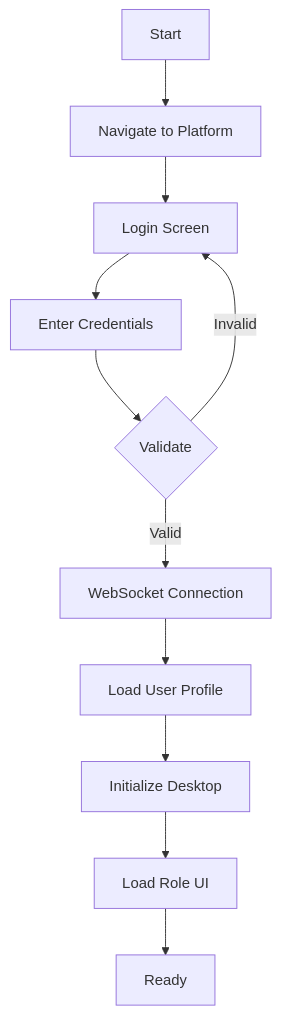
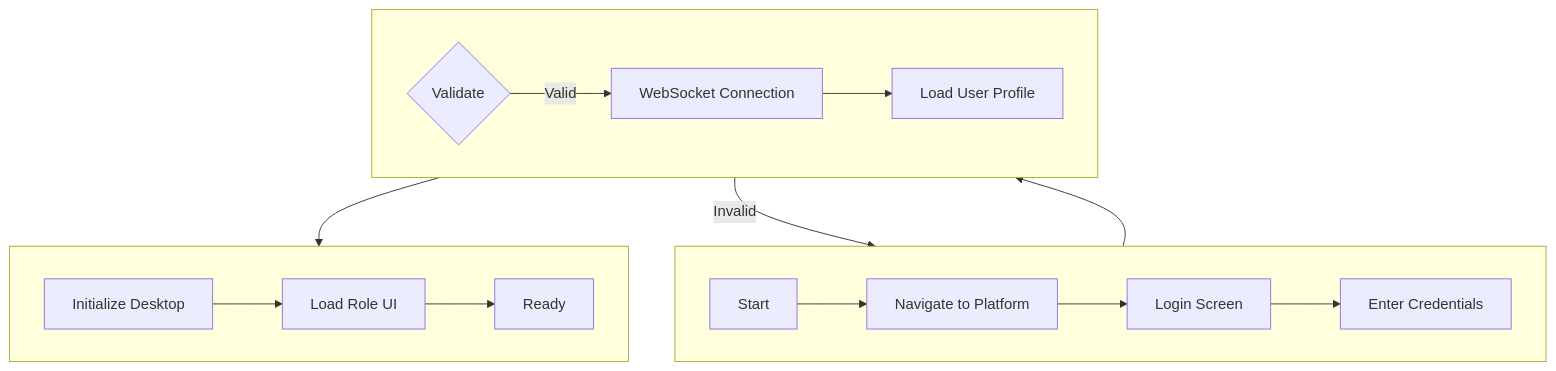
One commit to RoundRobinHood/cogniflight-cloud changed the first of 10 diagrams in docs/SEN3781_Assignment4_Information_Architecture_Report.md. Above: the diagram before and after it, drawn with Mermaid. The commit also changed other lines of this file, not shown here.

Commit message:
improved diagram readability

````diff
--- a/docs/SEN3781_Assignment4_Information_Architecture_Report.md
+++ b/docs/SEN3781_Assignment4_Information_Architecture_Report.md
@@ -134,9 +134,18 @@
 ```mermaid
-flowchart TD
-    A[Start] --> B[Navigate to Platform] --> C[Login Screen]
-    C --> D[Enter Credentials] --> E{Validate}
+flowchart TB
+    subgraph row1[" "]
+        direction LR
+        A[Start] --> B[Navigate to Platform] --> C[Login Screen] --> D[Enter Credentials]
+    end
+    subgraph row2[" "]
+        direction LR
+        E{Validate} -->|Valid| F[WebSocket Connection] --> G[Load User Profile]
+    end
+    subgraph row3[" "]
+        direction LR
+        H[Initialize Desktop] --> I[Load Role UI] --> J[Ready]
+    end
+    D --> E
     E -->|Invalid| C
-    E -->|Valid| F[WebSocket Connection]
-    F --> G[Load User Profile] --> H[Initialize Desktop]
-    H --> I[Load Role UI] --> J[Ready]
+    G --> H
 ```
````
